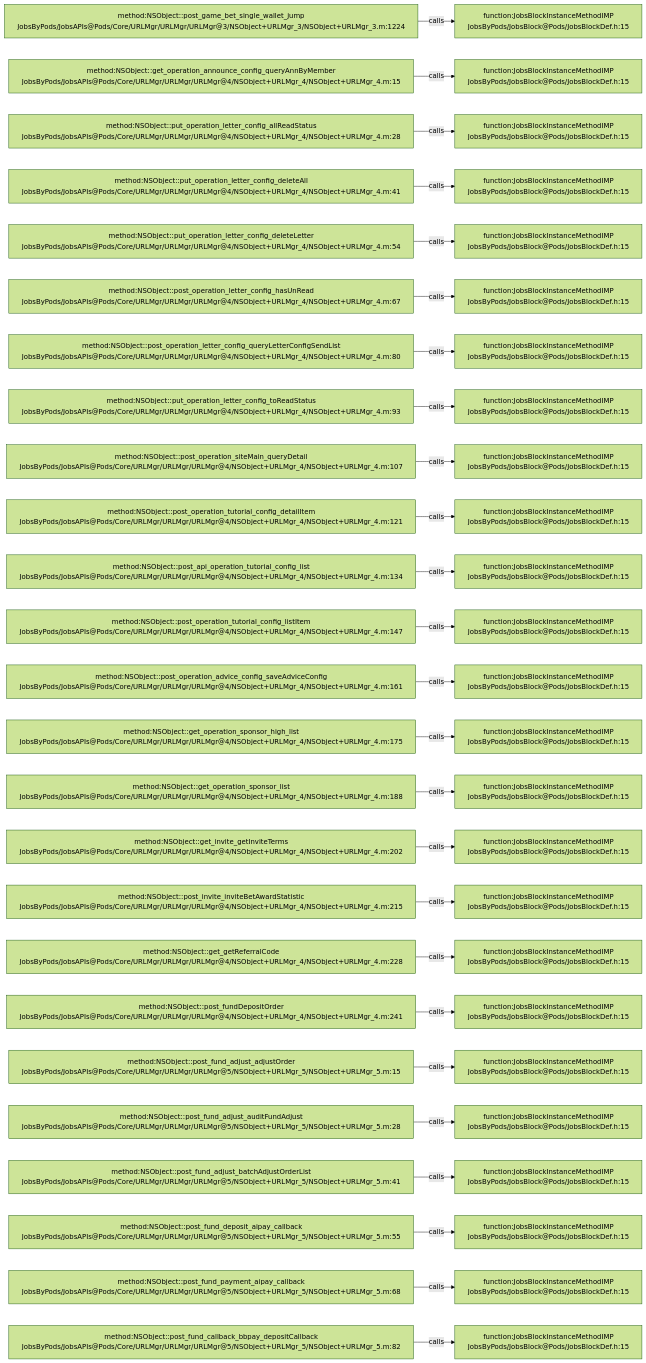
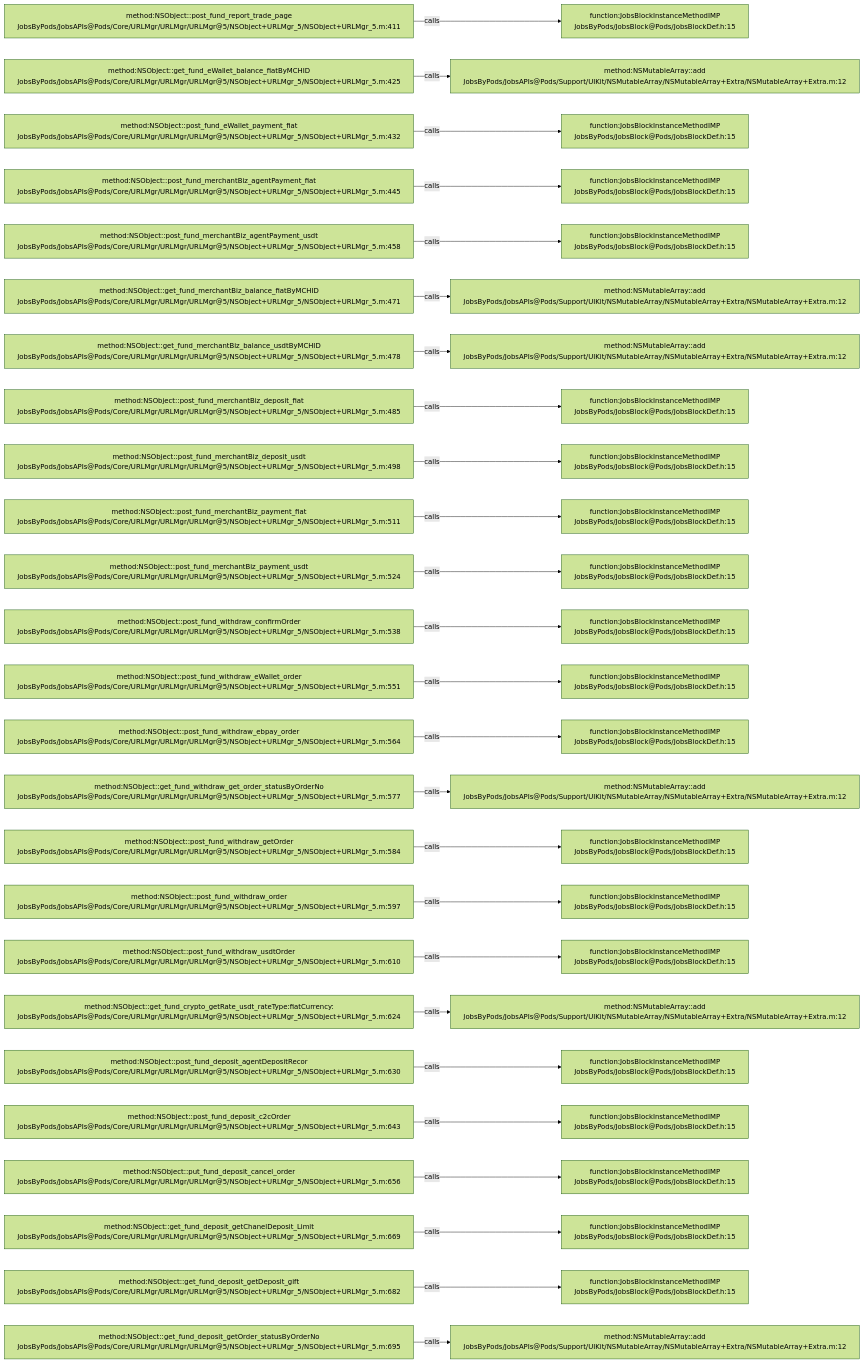
Before and after one commit to JobsKits/JobsOCBaseConfigDemo: the diagram in .codegraph/codegraph.md/graphs/calls-063.md, drawn with Mermaid (forest theme). The commit also changed 223 other files, not shown here.

````diff
--- a/.codegraph/codegraph.md/graphs/calls-063.md
+++ b/.codegraph/codegraph.md/graphs/calls-063.md
@@ -13,78 +13,78 @@
 ```mermaid
 flowchart LR
-  S1["method:NSObject::post_game_bet_single_wallet_jump<br/>JobsByPods/JobsAPIs@Pods/Core/URLMgr/URLMgr/URLMgr@3/NSObject+URLMgr_3/NSObject+URLMgr_3.m:1224"]
+  S1["method:NSObject::post_fund_report_trade_page<br/>JobsByPods/JobsAPIs@Pods/Core/URLMgr/URLMgr/URLMgr@5/NSObject+URLMgr_5/NSObject+URLMgr_5.m:411"]
   T1["function:JobsBlockInstanceMethodIMP<br/>JobsByPods/JobsBlock@Pods/JobsBlockDef.h:15"]
   S1 -->|calls| T1
-  S2["method:NSObject::get_operation_announce_config_queryAnnByMember<br/>JobsByPods/JobsAPIs@Pods/Core/URLMgr/URLMgr/URLMgr@4/NSObject+URLMgr_4/NSObject+URLMgr_4.m:15"]
-  T2["function:JobsBlockInstanceMethodIMP<br/>JobsByPods/JobsBlock@Pods/JobsBlockDef.h:15"]
+  S2["method:NSObject::get_fund_eWallet_balance_fiatByMCHID<br/>JobsByPods/JobsAPIs@Pods/Core/URLMgr/URLMgr/URLMgr@5/NSObject+URLMgr_5/NSObject+URLMgr_5.m:425"]
+  T2["method:NSMutableArray::add<br/>JobsByPods/JobsAPIs@Pods/Support/UIKit/NSMutableArray/NSMutableArray+Extra/NSMutableArray+Extra.m:12"]
   S2 -->|calls| T2
-  S3["method:NSObject::put_operation_letter_config_allReadStatus<br/>JobsByPods/JobsAPIs@Pods/Core/URLMgr/URLMgr/URLMgr@4/NSObject+URLMgr_4/NSObject+URLMgr_4.m:28"]
+  S3["method:NSObject::post_fund_eWallet_payment_fiat<br/>JobsByPods/JobsAPIs@Pods/Core/URLMgr/URLMgr/URLMgr@5/NSObject+URLMgr_5/NSObject+URLMgr_5.m:432"]
   T3["function:JobsBlockInstanceMethodIMP<br/>JobsByPods/JobsBlock@Pods/JobsBlockDef.h:15"]
   S3 -->|calls| T3
-  S4["method:NSObject::put_operation_letter_config_deleteAll<br/>JobsByPods/JobsAPIs@Pods/Core/URLMgr/URLMgr/URLMgr@4/NSObject+URLMgr_4/NSObject+URLMgr_4.m:41"]
+  S4["method:NSObject::post_fund_merchantBiz_agentPayment_fiat<br/>JobsByPods/JobsAPIs@Pods/Core/URLMgr/URLMgr/URLMgr@5/NSObject+URLMgr_5/NSObject+URLMgr_5.m:445"]
   T4["function:JobsBlockInstanceMethodIMP<br/>JobsByPods/JobsBlock@Pods/JobsBlockDef.h:15"]
   S4 -->|calls| T4
-  S5["method:NSObject::put_operation_letter_config_deleteLetter<br/>JobsByPods/JobsAPIs@Pods/Core/URLMgr/URLMgr/URLMgr@4/NSObject+URLMgr_4/NSObject+URLMgr_4.m:54"]
+  S5["method:NSObject::post_fund_merchantBiz_agentPayment_usdt<br/>JobsByPods/JobsAPIs@Pods/Core/URLMgr/URLMgr/URLMgr@5/NSObject+URLMgr_5/NSObject+URLMgr_5.m:458"]
   T5["function:JobsBlockInstanceMethodIMP<br/>JobsByPods/JobsBlock@Pods/JobsBlockDef.h:15"]
   S5 -->|calls| T5
-  S6["method:NSObject::post_operation_letter_config_hasUnRead<br/>JobsByPods/JobsAPIs@Pods/Core/URLMgr/URLMgr/URLMgr@4/NSObject+URLMgr_4/NSObject+URLMgr_4.m:67"]
-  T6["function:JobsBlockInstanceMethodIMP<br/>JobsByPods/JobsBlock@Pods/JobsBlockDef.h:15"]
+  S6["method:NSObject::get_fund_merchantBiz_balance_fiatByMCHID<br/>JobsByPods/JobsAPIs@Pods/Core/URLMgr/URLMgr/URLMgr@5/NSObject+URLMgr_5/NSObject+URLMgr_5.m:471"]
+  T6["method:NSMutableArray::add<br/>JobsByPods/JobsAPIs@Pods/Support/UIKit/NSMutableArray/NSMutableArray+Extra/NSMutableArray+Extra.m:12"]
   S6 -->|calls| T6
-  S7["method:NSObject::post_operation_letter_config_queryLetterConfigSendList<br/>JobsByPods/JobsAPIs@Pods/Core/URLMgr/URLMgr/URLMgr@4/NSObject+URLMgr_4/NSObject+URLMgr_4.m:80"]
-  T7["function:JobsBlockInstanceMethodIMP<br/>JobsByPods/JobsBlock@Pods/JobsBlockDef.h:15"]
+  S7["method:NSObject::get_fund_merchantBiz_balance_usdtByMCHID<br/>JobsByPods/JobsAPIs@Pods/Core/URLMgr/URLMgr/URLMgr@5/NSObject+URLMgr_5/NSObject+URLMgr_5.m:478"]
+  T7["method:NSMutableArray::add<br/>JobsByPods/JobsAPIs@Pods/Support/UIKit/NSMutableArray/NSMutableArray+Extra/NSMutableArray+Extra.m:12"]
   S7 -->|calls| T7
-  S8["method:NSObject::put_operation_letter_config_toReadStatus<br/>JobsByPods/JobsAPIs@Pods/Core/URLMgr/URLMgr/URLMgr@4/NSObject+URLMgr_4/NSObject+URLMgr_4.m:93"]
+  S8["method:NSObject::post_fund_merchantBiz_deposit_fiat<br/>JobsByPods/JobsAPIs@Pods/Core/URLMgr/URLMgr/URLMgr@5/NSObject+URLMgr_5/NSObject+URLMgr_5.m:485"]
   T8["function:JobsBlockInstanceMethodIMP<br/>JobsByPods/JobsBlock@Pods/JobsBlockDef.h:15"]
   S8 -->|calls| T8
-  S9["method:NSObject::post_operation_siteMain_queryDetail<br/>JobsByPods/JobsAPIs@Pods/Core/URLMgr/URLMgr/URLMgr@4/NSObject+URLMgr_4/NSObject+URLMgr_4.m:107"]
+  S9["method:NSObject::post_fund_merchantBiz_deposit_usdt<br/>JobsByPods/JobsAPIs@Pods/Core/URLMgr/URLMgr/URLMgr@5/NSObject+URLMgr_5/NSObject+URLMgr_5.m:498"]
   T9["function:JobsBlockInstanceMethodIMP<br/>JobsByPods/JobsBlock@Pods/JobsBlockDef.h:15"]
   S9 -->|calls| T9
-  S10["method:NSObject::post_operation_tutorial_config_detailItem<br/>JobsByPods/JobsAPIs@Pods/Core/URLMgr/URLMgr/URLMgr@4/NSObject+URLMgr_4/NSObject+URLMgr_4.m:121"]
+  S10["method:NSObject::post_fund_merchantBiz_payment_fiat<br/>JobsByPods/JobsAPIs@Pods/Core/URLMgr/URLMgr/URLMgr@5/NSObject+URLMgr_5/NSObject+URLMgr_5.m:511"]
   T10["function:JobsBlockInstanceMethodIMP<br/>JobsByPods/JobsBlock@Pods/JobsBlockDef.h:15"]
   S10 -->|calls| T10
-  S11["method:NSObject::post_api_operation_tutorial_config_list<br/>JobsByPods/JobsAPIs@Pods/Core/URLMgr/URLMgr/URLMgr@4/NSObject+URLMgr_4/NSObject+URLMgr_4.m:134"]
+  S11["method:NSObject::post_fund_merchantBiz_payment_usdt<br/>JobsByPods/JobsAPIs@Pods/Core/URLMgr/URLMgr/URLMgr@5/NSObject+URLMgr_5/NSObject+URLMgr_5.m:524"]
   T11["function:JobsBlockInstanceMethodIMP<br/>JobsByPods/JobsBlock@Pods/JobsBlockDef.h:15"]
   S11 -->|calls| T11
-  S12["method:NSObject::post_operation_tutorial_config_listItem<br/>JobsByPods/JobsAPIs@Pods/Core/URLMgr/URLMgr/URLMgr@4/NSObject+URLMgr_4/NSObject+URLMgr_4.m:147"]
+  S12["method:NSObject::post_fund_withdraw_confirmOrder<br/>JobsByPods/JobsAPIs@Pods/Core/URLMgr/URLMgr/URLMgr@5/NSObject+URLMgr_5/NSObject+URLMgr_5.m:538"]
   T12["function:JobsBlockInstanceMethodIMP<br/>JobsByPods/JobsBlock@Pods/JobsBlockDef.h:15"]
   S12 -->|calls| T12
-  S13["method:NSObject::post_operation_advice_config_saveAdviceConfig<br/>JobsByPods/JobsAPIs@Pods/Core/URLMgr/URLMgr/URLMgr@4/NSObject+URLMgr_4/NSObject+URLMgr_4.m:161"]
+  S13["method:NSObject::post_fund_withdraw_eWallet_order<br/>JobsByPods/JobsAPIs@Pods/Core/URLMgr/URLMgr/URLMgr@5/NSObject+URLMgr_5/NSObject+URLMgr_5.m:551"]
   T13["function:JobsBlockInstanceMethodIMP<br/>JobsByPods/JobsBlock@Pods/JobsBlockDef.h:15"]
   S13 -->|calls| T13
-  S14["method:NSObject::get_operation_sponsor_high_list<br/>JobsByPods/JobsAPIs@Pods/Core/URLMgr/URLMgr/URLMgr@4/NSObject+URLMgr_4/NSObject+URLMgr_4.m:175"]
+  S14["method:NSObject::post_fund_withdraw_ebpay_order<br/>JobsByPods/JobsAPIs@Pods/Core/URLMgr/URLMgr/URLMgr@5/NSObject+URLMgr_5/NSObject+URLMgr_5.m:564"]
   T14["function:JobsBlockInstanceMethodIMP<br/>JobsByPods/JobsBlock@Pods/JobsBlockDef.h:15"]
   S14 -->|calls| T14
-  S15["method:NSObject::get_operation_sponsor_list<br/>JobsByPods/JobsAPIs@Pods/Core/URLMgr/URLMgr/URLMgr@4/NSObject+URLMgr_4/NSObject+URLMgr_4.m:188"]
-  T15["function:JobsBlockInstanceMethodIMP<br/>JobsByPods/JobsBlock@Pods/JobsBlockDef.h:15"]
+  S15["method:NSObject::get_fund_withdraw_get_order_statusByOrderNo<br/>JobsByPods/JobsAPIs@Pods/Core/URLMgr/URLMgr/URLMgr@5/NSObject+URLMgr_5/NSObject+URLMgr_5.m:577"]
+  T15["method:NSMutableArray::add<br/>JobsByPods/JobsAPIs@Pods/Support/UIKit/NSMutableArray/NSMutableArray+Extra/NSMutableArray+Extra.m:12"]
   S15 -->|calls| T15
-  S16["method:NSObject::get_invite_getInviteTerms<br/>JobsByPods/JobsAPIs@Pods/Core/URLMgr/URLMgr/URLMgr@4/NSObject+URLMgr_4/NSObject+URLMgr_4.m:202"]
+  S16["method:NSObject::post_fund_withdraw_getOrder<br/>JobsByPods/JobsAPIs@Pods/Core/URLMgr/URLMgr/URLMgr@5/NSObject+URLMgr_5/NSObject+URLMgr_5.m:584"]
   T16["function:JobsBlockInstanceMethodIMP<br/>JobsByPods/JobsBlock@Pods/JobsBlockDef.h:15"]
   S16 -->|calls| T16
-  S17["method:NSObject::post_invite_inviteBetAwardStatistic<br/>JobsByPods/JobsAPIs@Pods/Core/URLMgr/URLMgr/URLMgr@4/NSObject+URLMgr_4/NSObject+URLMgr_4.m:215"]
+  S17["method:NSObject::post_fund_withdraw_order<br/>JobsByPods/JobsAPIs@Pods/Core/URLMgr/URLMgr/URLMgr@5/NSObject+URLMgr_5/NSObject+URLMgr_5.m:597"]
   T17["function:JobsBlockInstanceMethodIMP<br/>JobsByPods/JobsBlock@Pods/JobsBlockDef.h:15"]
   S17 -->|calls| T17
-  S18["method:NSObject::get_getReferralCode<br/>JobsByPods/JobsAPIs@Pods/Core/URLMgr/URLMgr/URLMgr@4/NSObject+URLMgr_4/NSObject+URLMgr_4.m:228"]
+  S18["method:NSObject::post_fund_withdraw_usdtOrder<br/>JobsByPods/JobsAPIs@Pods/Core/URLMgr/URLMgr/URLMgr@5/NSObject+URLMgr_5/NSObject+URLMgr_5.m:610"]
   T18["function:JobsBlockInstanceMethodIMP<br/>JobsByPods/JobsBlock@Pods/JobsBlockDef.h:15"]
   S18 -->|calls| T18
-  S19["method:NSObject::post_fundDepositOrder<br/>JobsByPods/JobsAPIs@Pods/Core/URLMgr/URLMgr/URLMgr@4/NSObject+URLMgr_4/NSObject+URLMgr_4.m:241"]
-  T19["function:JobsBlockInstanceMethodIMP<br/>JobsByPods/JobsBlock@Pods/JobsBlockDef.h:15"]
+  S19["method:NSObject::get_fund_crypto_getRate_usdt_rateType:fiatCurrency:<br/>JobsByPods/JobsAPIs@Pods/Core/URLMgr/URLMgr/URLMgr@5/NSObject+URLMgr_5/NSObject+URLMgr_5.m:624"]
+  T19["method:NSMutableArray::add<br/>JobsByPods/JobsAPIs@Pods/Support/UIKit/NSMutableArray/NSMutableArray+Extra/NSMutableArray+Extra.m:12"]
   S19 -->|calls| T19
-  S20["method:NSObject::post_fund_adjust_adjustOrder<br/>JobsByPods/JobsAPIs@Pods/Core/URLMgr/URLMgr/URLMgr@5/NSObject+URLMgr_5/NSObject+URLMgr_5.m:15"]
+  S20["method:NSObject::post_fund_deposit_agentDepositRecor<br/>JobsByPods/JobsAPIs@Pods/Core/URLMgr/URLMgr/URLMgr@5/NSObject+URLMgr_5/NSObject+URLMgr_5.m:630"]
   T20["function:JobsBlockInstanceMethodIMP<br/>JobsByPods/JobsBlock@Pods/JobsBlockDef.h:15"]
   S20 -->|calls| T20
-  S21["method:NSObject::post_fund_adjust_auditFundAdjust<br/>JobsByPods/JobsAPIs@Pods/Core/URLMgr/URLMgr/URLMgr@5/NSObject+URLMgr_5/NSObject+URLMgr_5.m:28"]
+  S21["method:NSObject::post_fund_deposit_c2cOrder<br/>JobsByPods/JobsAPIs@Pods/Core/URLMgr/URLMgr/URLMgr@5/NSObject+URLMgr_5/NSObject+URLMgr_5.m:643"]
   T21["function:JobsBlockInstanceMethodIMP<br/>JobsByPods/JobsBlock@Pods/JobsBlockDef.h:15"]
   S21 -->|calls| T21
-  S22["method:NSObject::post_fund_adjust_batchAdjustOrderList<br/>JobsByPods/JobsAPIs@Pods/Core/URLMgr/URLMgr/URLMgr@5/NSObject+URLMgr_5/NSObject+URLMgr_5.m:41"]
+  S22["method:NSObject::put_fund_deposit_cancel_order<br/>JobsByPods/JobsAPIs@Pods/Core/URLMgr/URLMgr/URLMgr@5/NSObject+URLMgr_5/NSObject+URLMgr_5.m:656"]
   T22["function:JobsBlockInstanceMethodIMP<br/>JobsByPods/JobsBlock@Pods/JobsBlockDef.h:15"]
   S22 -->|calls| T22
-  S23["method:NSObject::post_fund_deposit_aipay_callback<br/>JobsByPods/JobsAPIs@Pods/Core/URLMgr/URLMgr/URLMgr@5/NSObject+URLMgr_5/NSObject+URLMgr_5.m:55"]
+  S23["method:NSObject::get_fund_deposit_getChanelDeposit_Limit<br/>JobsByPods/JobsAPIs@Pods/Core/URLMgr/URLMgr/URLMgr@5/NSObject+URLMgr_5/NSObject+URLMgr_5.m:669"]
   T23["function:JobsBlockInstanceMethodIMP<br/>JobsByPods/JobsBlock@Pods/JobsBlockDef.h:15"]
   S23 -->|calls| T23
-  S24["method:NSObject::post_fund_payment_aipay_callback<br/>JobsByPods/JobsAPIs@Pods/Core/URLMgr/URLMgr/URLMgr@5/NSObject+URLMgr_5/NSObject+URLMgr_5.m:68"]
+  S24["method:NSObject::get_fund_deposit_getDeposit_gift<br/>JobsByPods/JobsAPIs@Pods/Core/URLMgr/URLMgr/URLMgr@5/NSObject+URLMgr_5/NSObject+URLMgr_5.m:682"]
   T24["function:JobsBlockInstanceMethodIMP<br/>JobsByPods/JobsBlock@Pods/JobsBlockDef.h:15"]
   S24 -->|calls| T24
-  S25["method:NSObject::post_fund_callback_bbpay_depositCallback<br/>JobsByPods/JobsAPIs@Pods/Core/URLMgr/URLMgr/URLMgr@5/NSObject+URLMgr_5/NSObject+URLMgr_5.m:82"]
-  T25["function:JobsBlockInstanceMethodIMP<br/>JobsByPods/JobsBlock@Pods/JobsBlockDef.h:15"]
+  S25["method:NSObject::get_fund_deposit_getOrder_statusByOrderNo<br/>JobsByPods/JobsAPIs@Pods/Core/URLMgr/URLMgr/URLMgr@5/NSObject+URLMgr_5/NSObject+URLMgr_5.m:695"]
+  T25["method:NSMutableArray::add<br/>JobsByPods/JobsAPIs@Pods/Support/UIKit/NSMutableArray/NSMutableArray+Extra/NSMutableArray+Extra.m:12"]
   S25 -->|calls| T25
 ```
````
